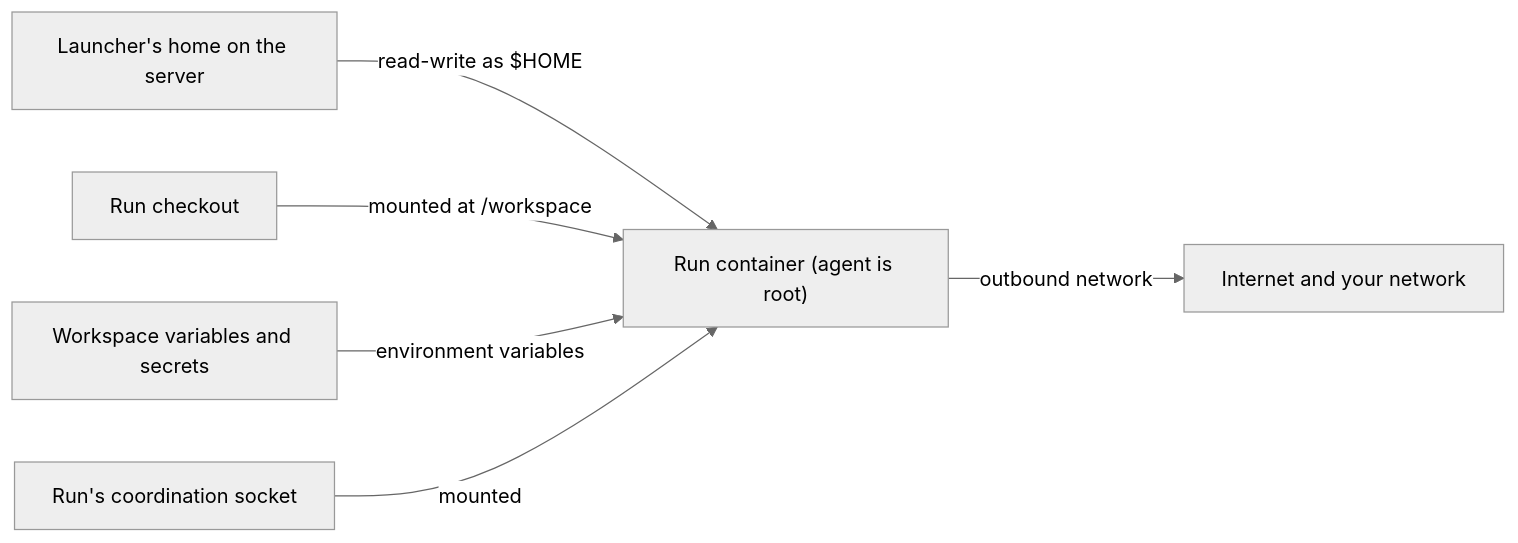
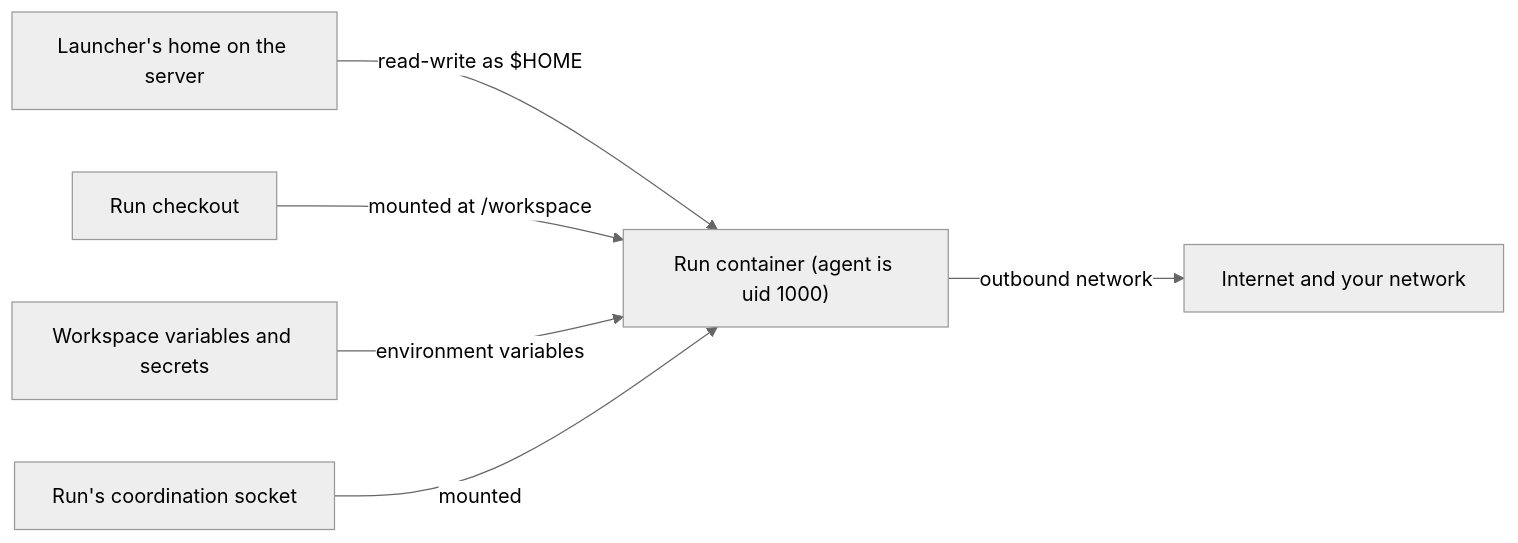
Before and after one commit to 3xDevOps/aether: the diagram in docs/security.md, drawn with Mermaid (neutral theme). The commit also changed other lines of this file and 104 other files, not shown here.

````diff
--- a/docs/security.md
+++ b/docs/security.md
@@ -76,8 +78,8 @@
 ```mermaid
 flowchart LR
-  home["Launcher's home on the server"] -- "read-write as $HOME" --> run["Run container (agent is root)"]
+  home["Launcher's home on the server"] -- "read-write as $HOME" --> run["Run container (agent is uid 1000)"]
   checkout["Run checkout"] -- "mounted at /workspace" --> run
   secrets["Workspace variables and secrets"] -- "environment variables" --> run
   coord["Run's coordination socket"] -- "mounted" --> run
   run -- "outbound network" --> net["Internet and your network"]
 ```
````
